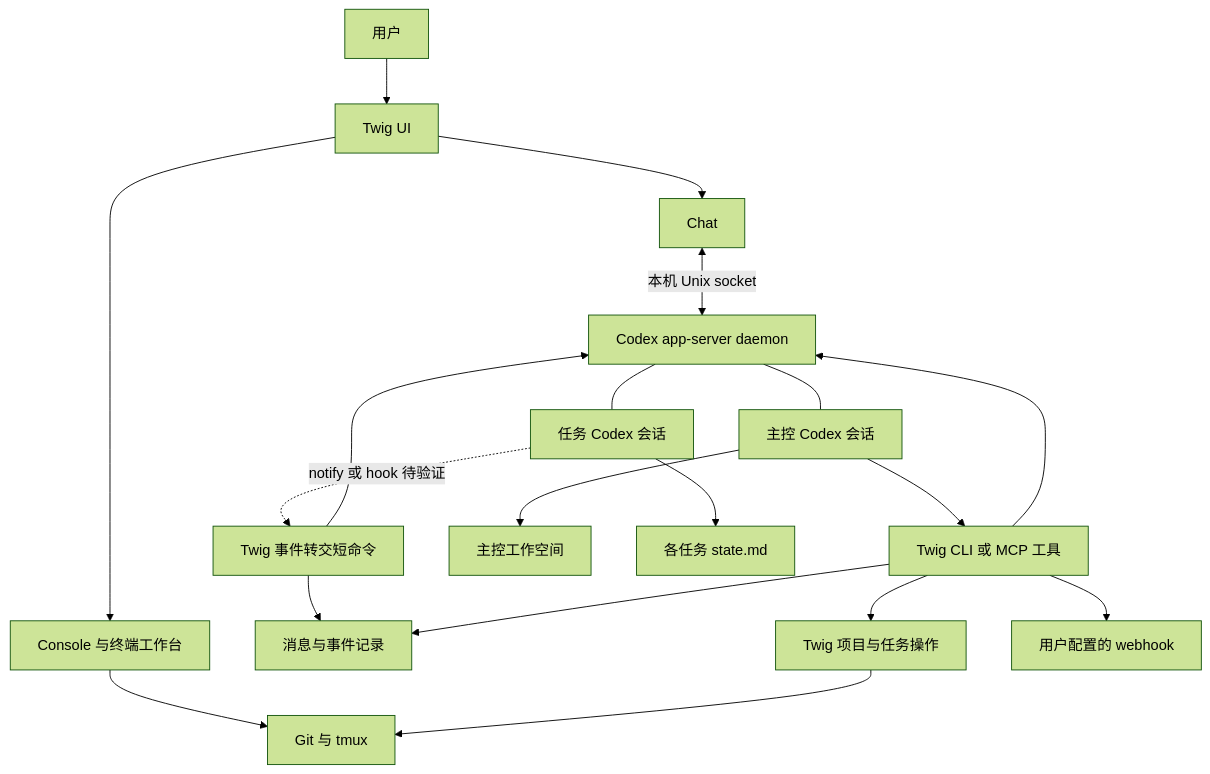
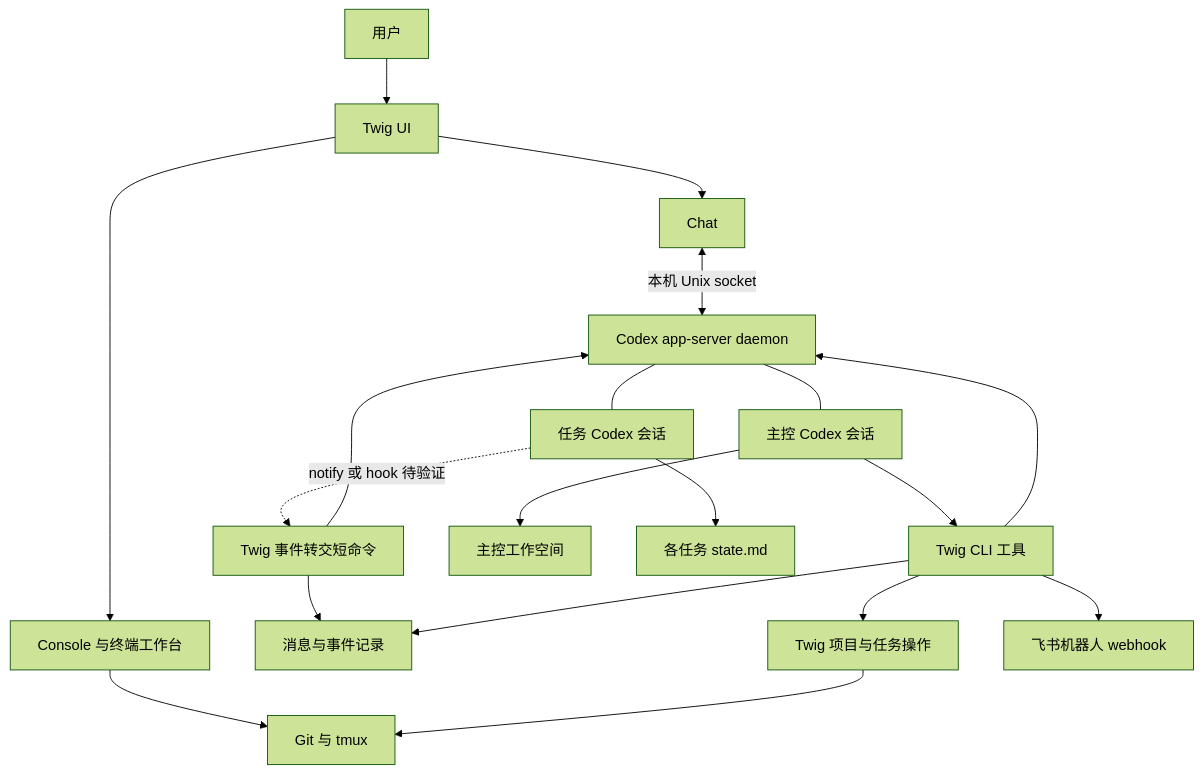
One commit to Adenialzz/twig changed the diagram in RFC-agent-controller.md. Above: the diagram before and after it, drawn with Mermaid (forest theme). The commit also changed other lines of this file, not shown here.

Commit message:
docs: 明确主控 CLI 与飞书通知方案

````diff
--- a/RFC-agent-controller.md
+++ b/RFC-agent-controller.md
@@ -75,21 +82,21 @@
 ```mermaid
 flowchart TD
     User[用户] --> UI[Twig UI]
     UI --> Chat[Chat]
     UI --> Console[Console 与终端工作台]
     Chat <-->|本机 Unix socket| Server[Codex app-server daemon]
     Server --- Controller[主控 Codex 会话]
     Server --- Tasks[任务 Codex 会话]
     Tasks -.->|notify 或 hook 待验证| Relay[Twig 事件转交短命令]
     Relay --> Server
     Relay --> Records[消息与事件记录]
-    Controller --> Tools[Twig CLI 或 MCP 工具]
+    Controller --> Tools[Twig CLI 工具]
     Tools --> Server
     Tools --> Lifecycle[Twig 项目与任务操作]
     Tools --> Records
     Controller --> Memory[主控工作空间]
     Tasks --> State[各任务 state.md]
-    Tools --> Webhook[用户配置的 webhook]
+    Tools --> Webhook[飞书机器人 webhook]
     Console --> Resources[Git 与 tmux]
     Lifecycle --> Resources
 ```
````
